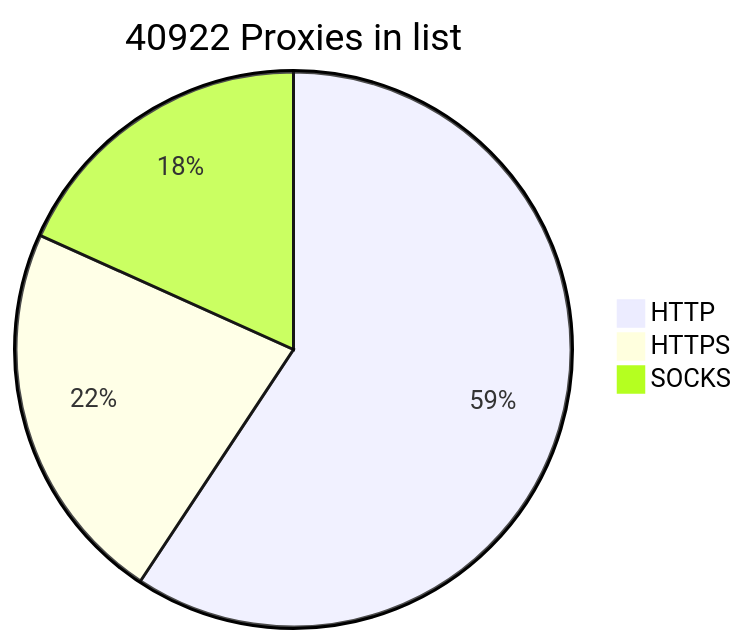
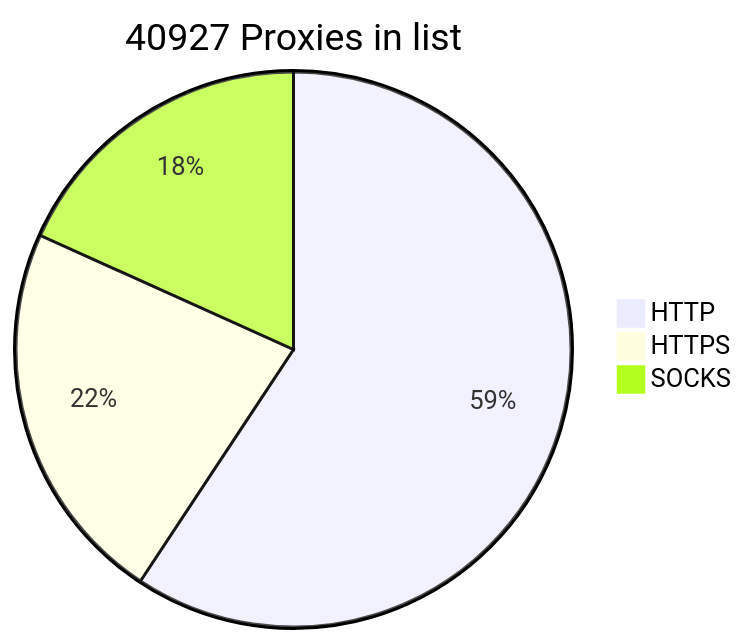
Before and after one commit to BlackSnowDot/proxylist-update-every-minute: the diagram in README.md, drawn with Mermaid.

````diff
--- a/README.md
+++ b/README.md
@@ -2,6 +2,6 @@
 ```mermaid
-pie title 40922 Proxies in list
-    "HTTP" : 28444
-    "HTTPS": 10766
-    "SOCKS" : 8761
+pie title 40927 Proxies in list
+    "HTTP" : 28449
+    "HTTPS": 10767
+    "SOCKS" : 8762
 ```
````
